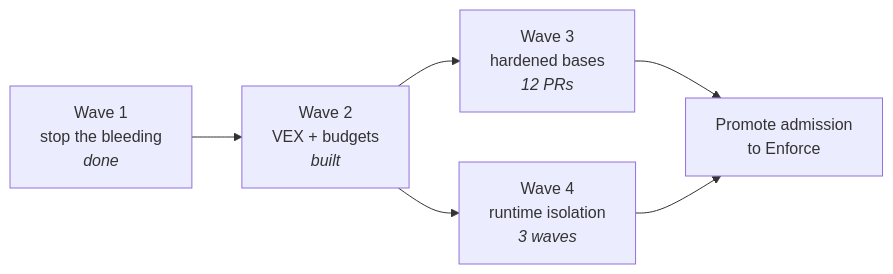
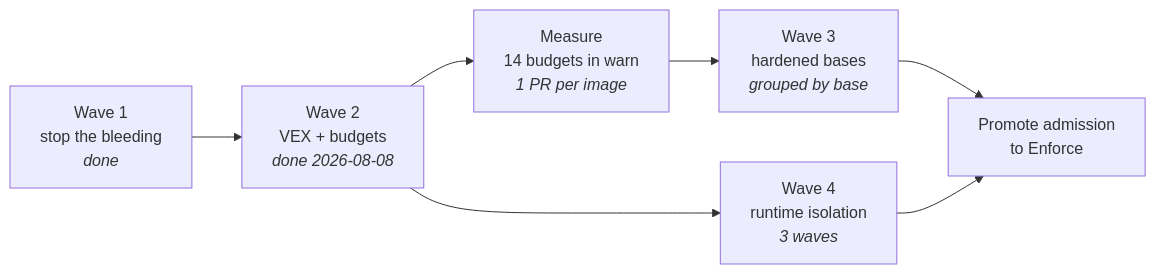
Before and after one commit to webgrip/infrastructure: the diagram in docs/techdocs/docs/general/security/hardening-roadmap.md, drawn with Mermaid. The commit also changed other lines of this file, not shown here.

````diff
--- a/docs/techdocs/docs/general/security/hardening-roadmap.md
+++ b/docs/techdocs/docs/general/security/hardening-roadmap.md
@@ -292,8 +398,9 @@
 ```mermaid
 graph LR
-  W1["Wave 1<br/>stop the bleeding<br/><i>done</i>"] --> W2["Wave 2<br/>VEX + budgets<br/><i>built</i>"]
-  W2 --> W3["Wave 3<br/>hardened bases<br/><i>12 PRs</i>"]
+  W1["Wave 1<br/>stop the bleeding<br/><i>done</i>"] --> W2["Wave 2<br/>VEX + budgets<br/><i>done 2026-08-08</i>"]
+  W2 --> M["Measure<br/>14 budgets in warn<br/><i>1 PR per image</i>"]
+  M --> W3["Wave 3<br/>hardened bases<br/><i>grouped by base</i>"]
   W2 --> W4["Wave 4<br/>runtime isolation<br/><i>3 waves</i>"]
   W3 --> E["Promote admission<br/>to Enforce"]
   W4 --> E
 ```
````
